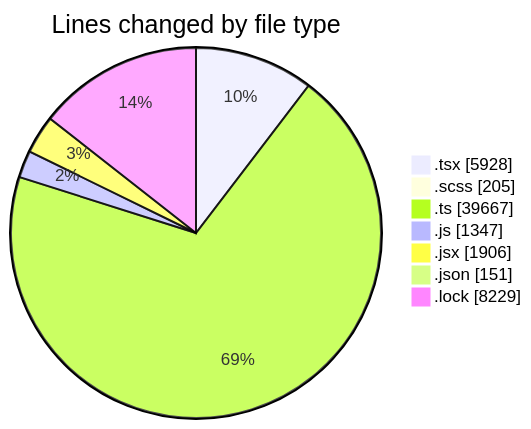
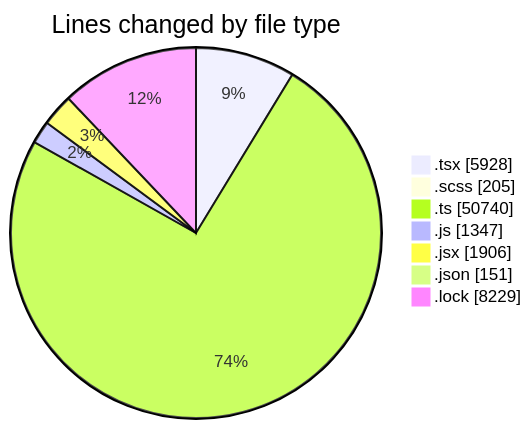
One commit to momahboobian/code-tracking changed the first of 2 diagrams in 2026-09-10/cda/README.md. Above: the diagram before and after it, drawn with Mermaid. The commit also changed other lines of this file and 1 other file, not shown here.

````diff
--- a/2026-09-10/cda/README.md
+++ b/2026-09-10/cda/README.md
@@ -89,11 +89,11 @@
 ```mermaid
 pie showData
 title Lines changed by file type
 ".tsx" : 5928
 ".scss" : 205
-".ts" : 39667
+".ts" : 50740
 ".js" : 1347
 ".jsx" : 1906
 ".json" : 151
 ".lock" : 8229
 ```
````
